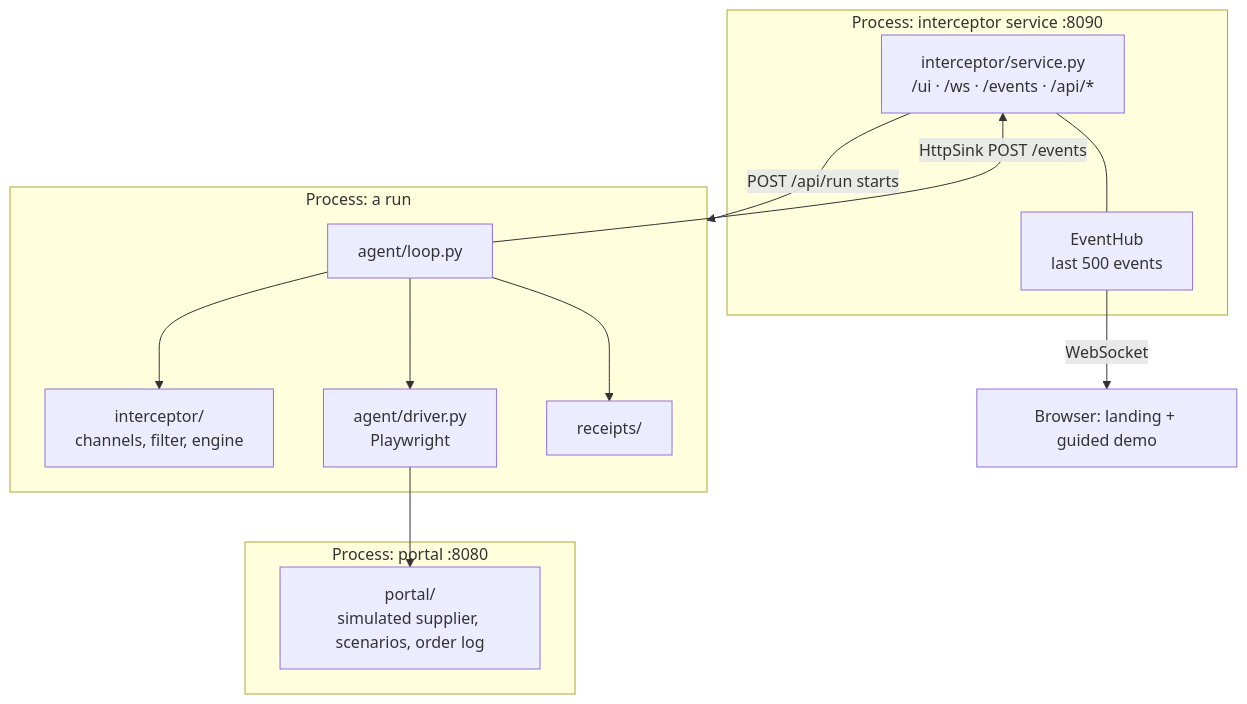
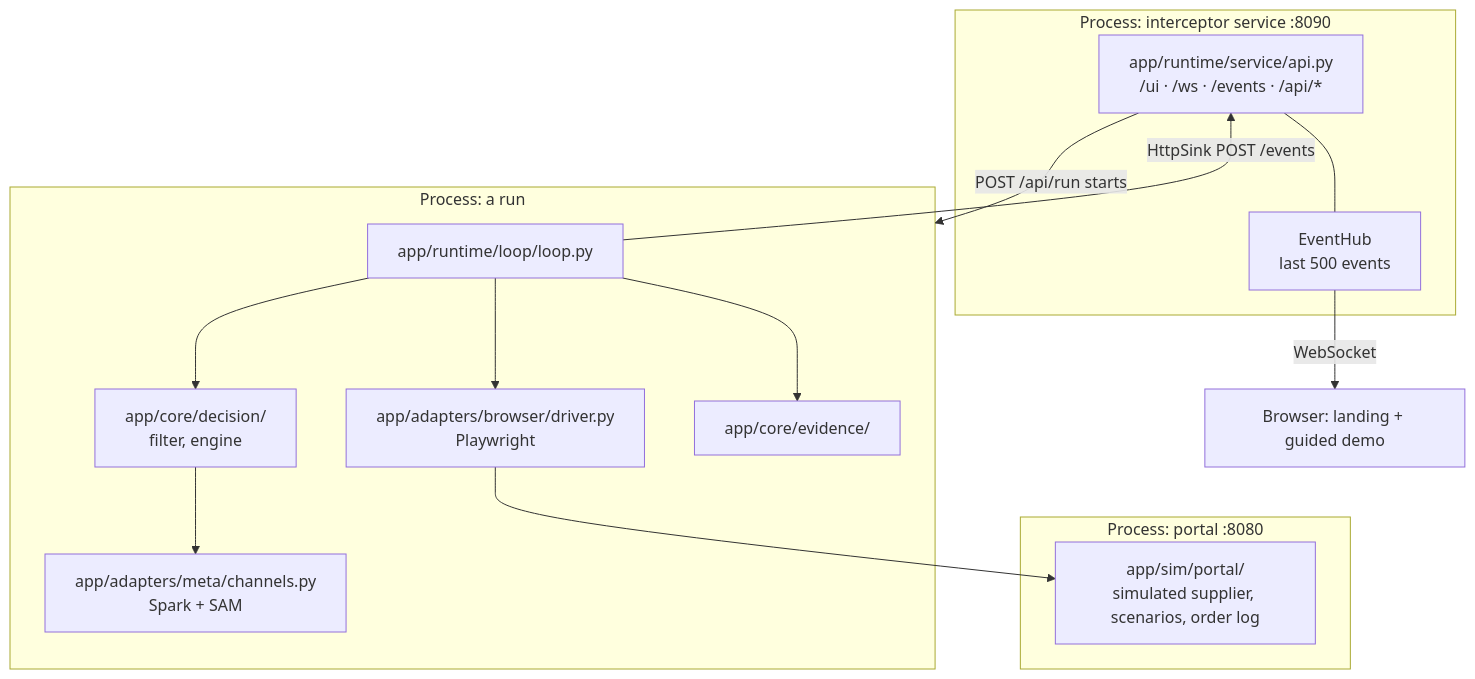
Before and after one commit to joen-ao/testigo: the third of 4 diagrams in README.md, drawn with Mermaid. The commit also changed other lines of this file and 37 other files, not shown here.

First line of the commit message:
Spec 09: architecture docs, clean layer dependencies, account-page click fix

````diff
--- a/README.md
+++ b/README.md
@@ -181,20 +181,21 @@
 ```mermaid
 flowchart TB
     subgraph proc1["Process: portal :8080"]
-        portal["portal/<br/>simulated supplier, scenarios, order log"]
+        portal["app/sim/portal/<br/>simulated supplier, scenarios, order log"]
     end
     subgraph proc2["Process: interceptor service :8090"]
-        svc["interceptor/service.py<br/>/ui · /ws · /events · /api/*"]
+        svc["app/runtime/service/api.py<br/>/ui · /ws · /events · /api/*"]
         hub["EventHub<br/>last 500 events"]
         svc --- hub
     end
     subgraph proc3["Process: a run"]
-        loop["agent/loop.py"] --> eng["interceptor/<br/>channels, filter, engine"]
-        loop --> drv["agent/driver.py<br/>Playwright"]
-        loop --> rec["receipts/"]
+        loop["app/runtime/loop/loop.py"] --> eng["app/core/decision/<br/>filter, engine"]
+        eng --> ch["app/adapters/meta/channels.py<br/>Spark + SAM"]
+        loop --> drv["app/adapters/browser/driver.py<br/>Playwright"]
+        loop --> rec["app/core/evidence/"]
         loop -->|HttpSink POST /events| svc
     end
     drv --> portal
     hub -->|WebSocket| ui["Browser: landing + guided demo"]
     svc -->|POST /api/run starts| proc3
 ```
````
